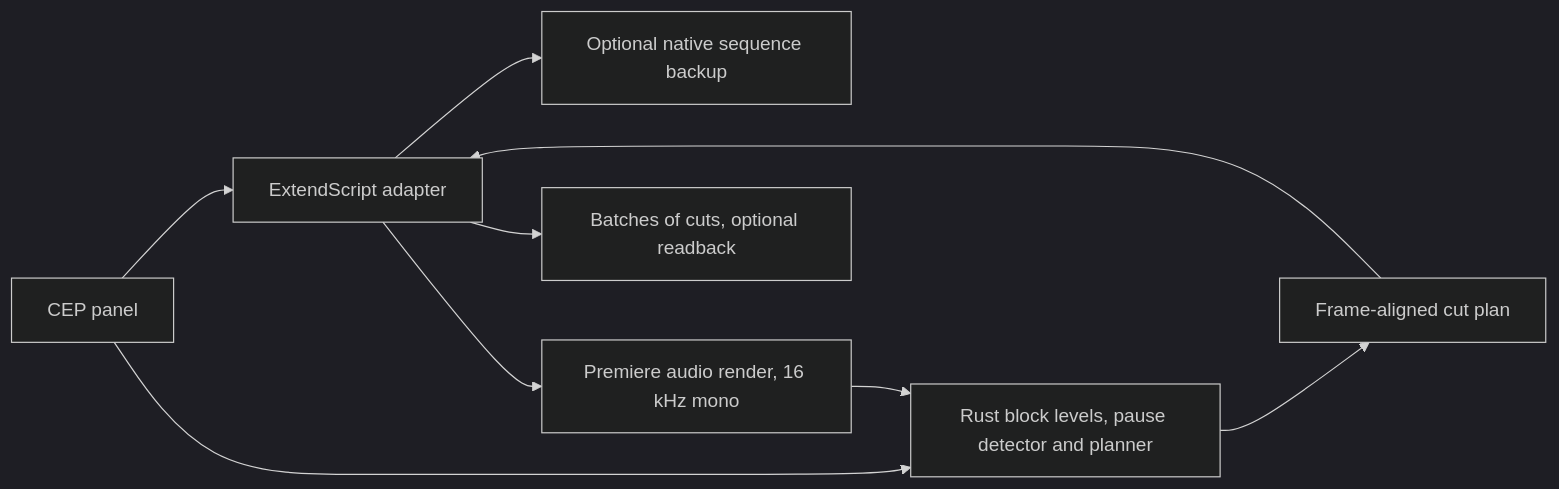
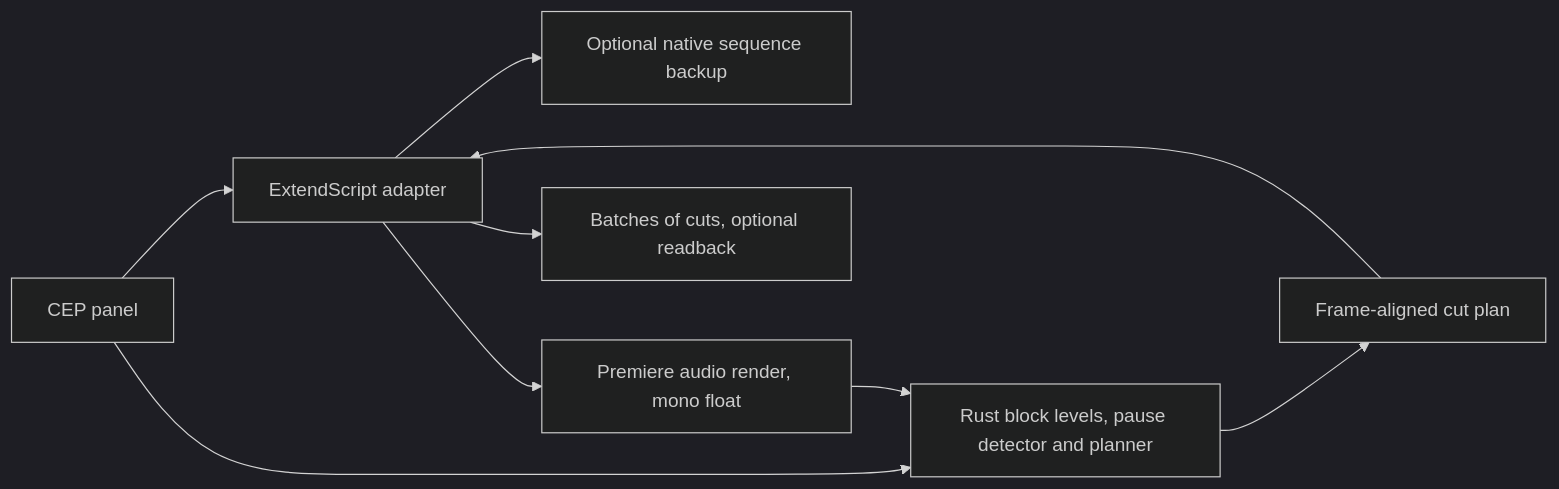
The diagram in docs/ARCHITECTURE.md (nicremo/open-silences), drawn with Mermaid (dark theme) before and after one commit. The commit also changed other lines of this file and 10 other files, not shown here.

First line of the commit message:
feat: analyse a float render at the sequence rate on a 16 kHz grid

````diff
--- a/docs/ARCHITECTURE.md
+++ b/docs/ARCHITECTURE.md
@@ -9,11 +9,11 @@
 ```mermaid
 flowchart LR
     Panel[CEP panel] --> Host[ExtendScript adapter]
     Host --> Backup[Optional native sequence backup]
-    Host --> Audio[Premiere audio render, 16 kHz mono]
+    Host --> Audio[Premiere audio render, mono float]
     Panel --> Engine[Rust block levels, pause detector and planner]
     Audio --> Engine
     Engine --> Plan[Frame-aligned cut plan]
     Plan --> Host
     Host --> Result[Batches of cuts, optional readback]
 ```
````
